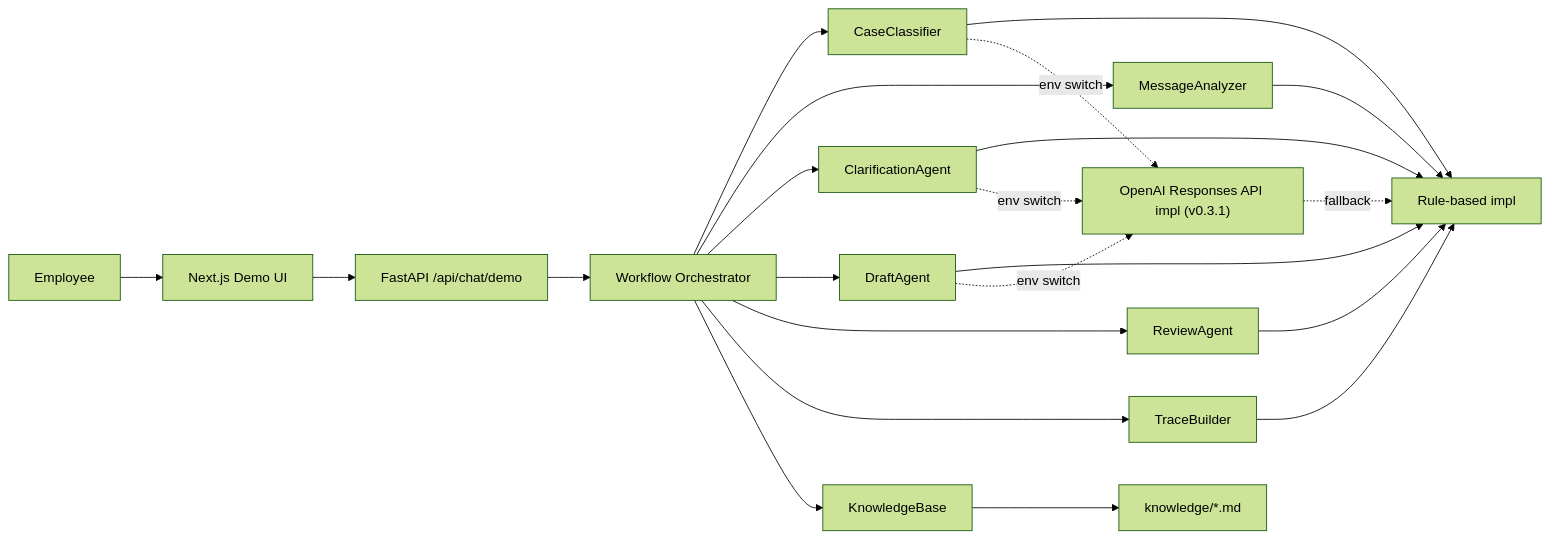
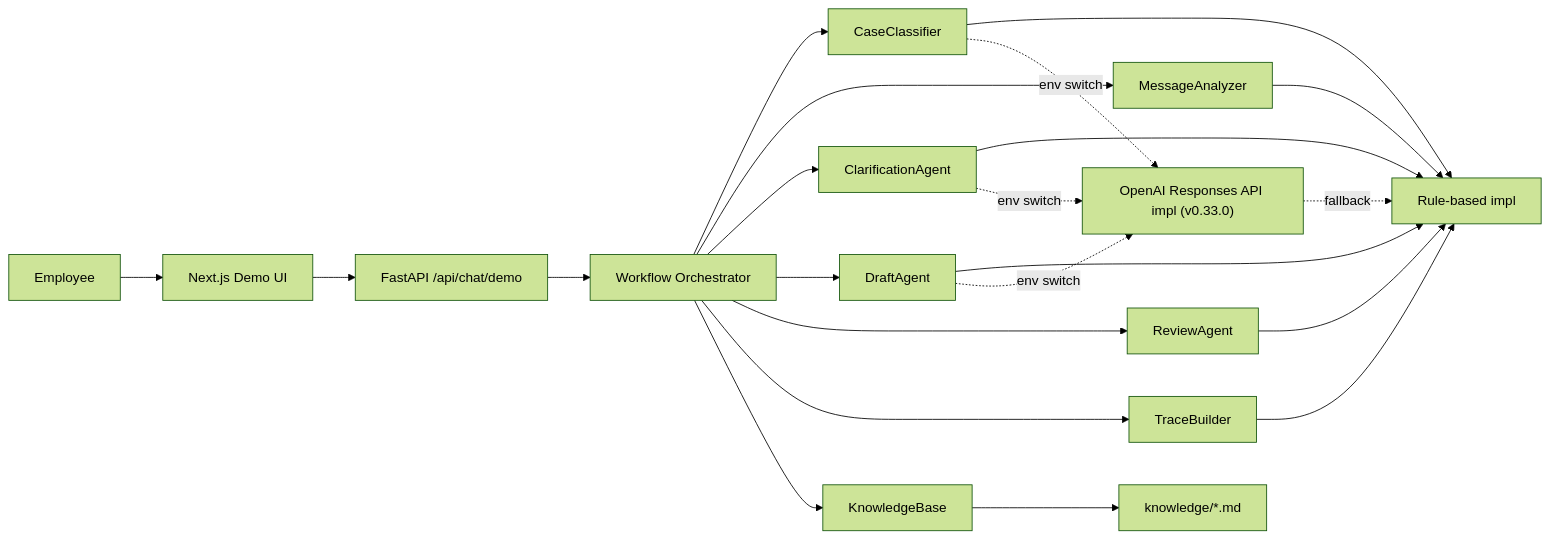
Before and after one commit to noki8188/shinsei-agent-navigator: the diagram in README.md, drawn with Mermaid (forest theme). The commit also changed other lines of this file and 8 other files, not shown here.

````diff
--- a/README.md
+++ b/README.md
@@ -57,24 +57,24 @@
 ```mermaid
 flowchart LR
     U["Employee"] --> F["Next.js Demo UI"]
     F --> API["FastAPI /api/chat/demo"]
     API --> ORCH["Workflow Orchestrator"]
     ORCH --> CC["CaseClassifier"]
     ORCH --> MA["MessageAnalyzer"]
     ORCH --> CA["ClarificationAgent"]
     ORCH --> DA["DraftAgent"]
     ORCH --> RA["ReviewAgent"]
     ORCH --> TB["TraceBuilder"]
     CC --> RB["Rule-based impl"]
     MA --> RB
     CA --> RB
     DA --> RB
     RA --> RB
     TB --> RB
-    CC -. env switch .-> LLM["OpenAI Responses API impl (v0.3.1)"]
+    CC -. env switch .-> LLM["OpenAI Responses API impl (v0.33.0)"]
     CA -. env switch .-> LLM
     DA -. env switch .-> LLM
     LLM -. fallback .-> RB
     ORCH --> KB["KnowledgeBase"]
     KB --> K["knowledge/*.md"]
 ```
````
